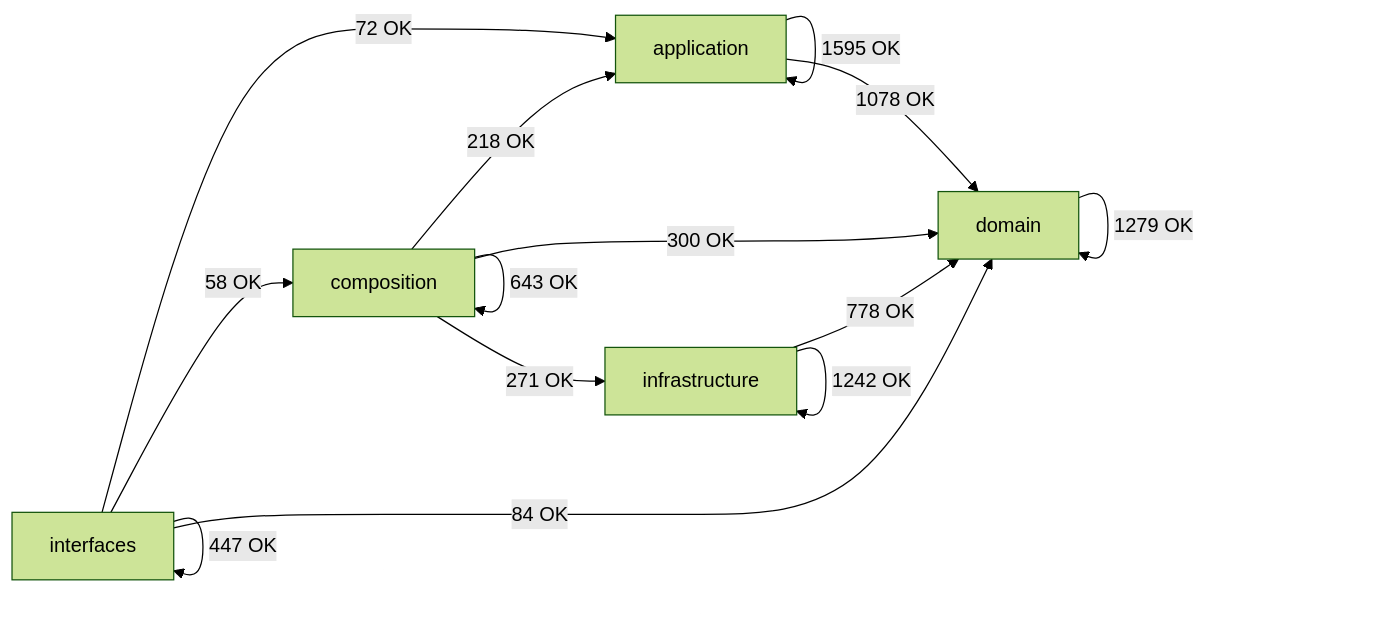
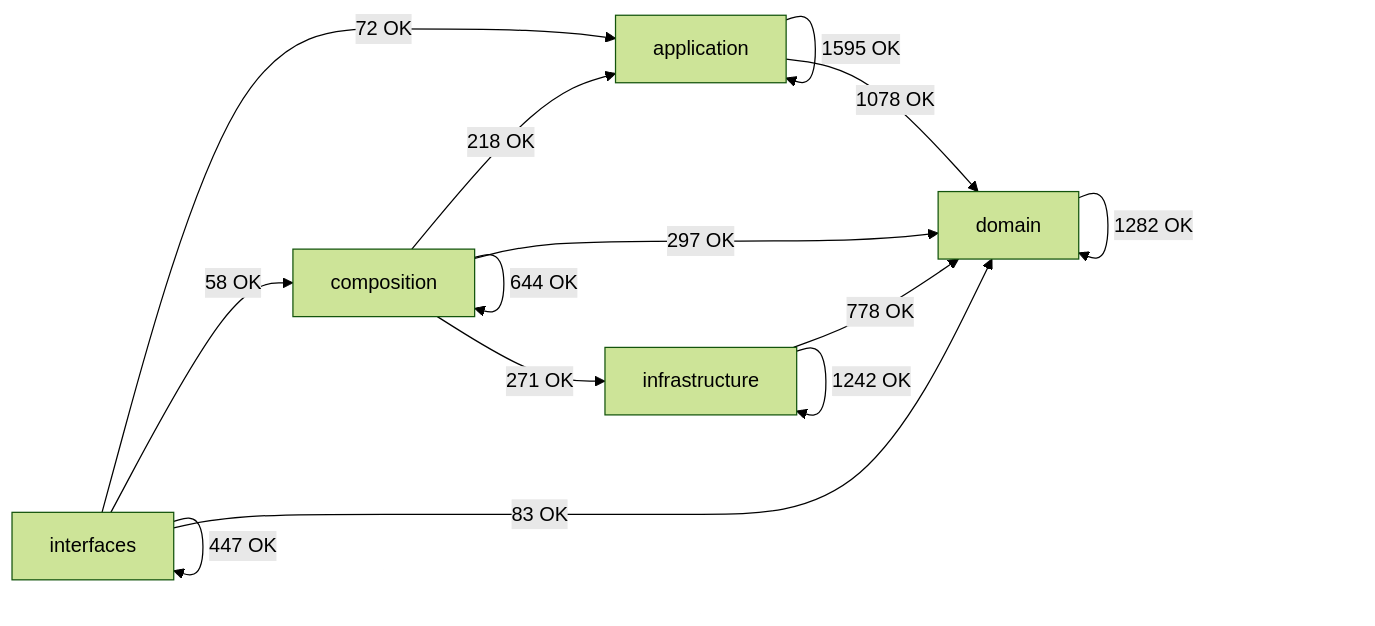
The diagram in docs/02-architecture/generated/module-dependency-map.md (SatoryKono/BioactivityDataAcquisition), drawn with Mermaid (forest theme) before and after one commit. The commit also changed other lines of this file and 92 other files, not shown here.

Commit message:
fix: resolve architecture ownership cycles and coverage repair regressions

````diff
--- a/docs/02-architecture/generated/module-dependency-map.md
+++ b/docs/02-architecture/generated/module-dependency-map.md
@@ -17,21 +17,21 @@
 ```mermaid
 flowchart LR
     domain[domain]
     application[application]
     infrastructure[infrastructure]
     composition[composition]
     interfaces[interfaces]
     application -->|1595 OK| application
     application -->|1078 OK| domain
     composition -->|218 OK| application
-    composition -->|643 OK| composition
-    composition -->|300 OK| domain
+    composition -->|644 OK| composition
+    composition -->|297 OK| domain
     composition -->|271 OK| infrastructure
-    domain -->|1279 OK| domain
+    domain -->|1282 OK| domain
     infrastructure -->|778 OK| domain
     infrastructure -->|1242 OK| infrastructure
     interfaces -->|72 OK| application
     interfaces -->|58 OK| composition
-    interfaces -->|84 OK| domain
+    interfaces -->|83 OK| domain
     interfaces -->|447 OK| interfaces
 ```
````
